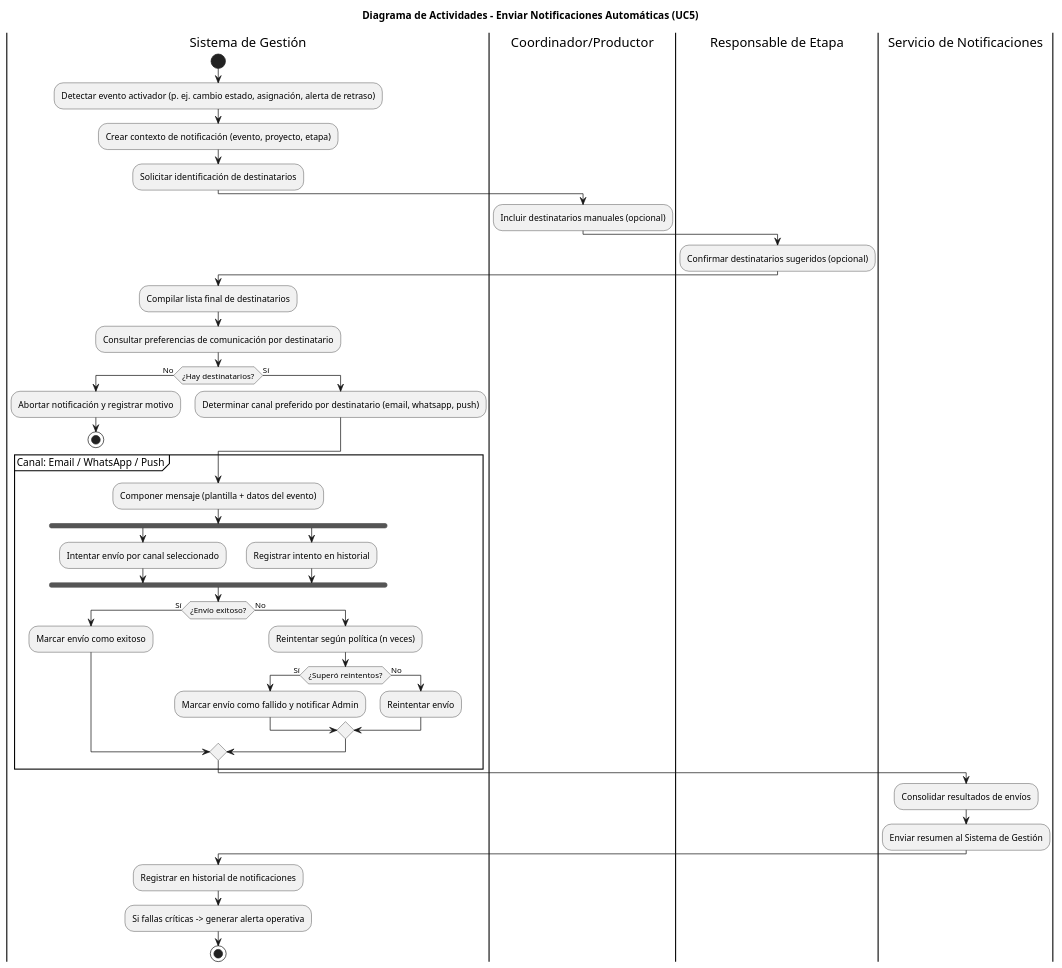
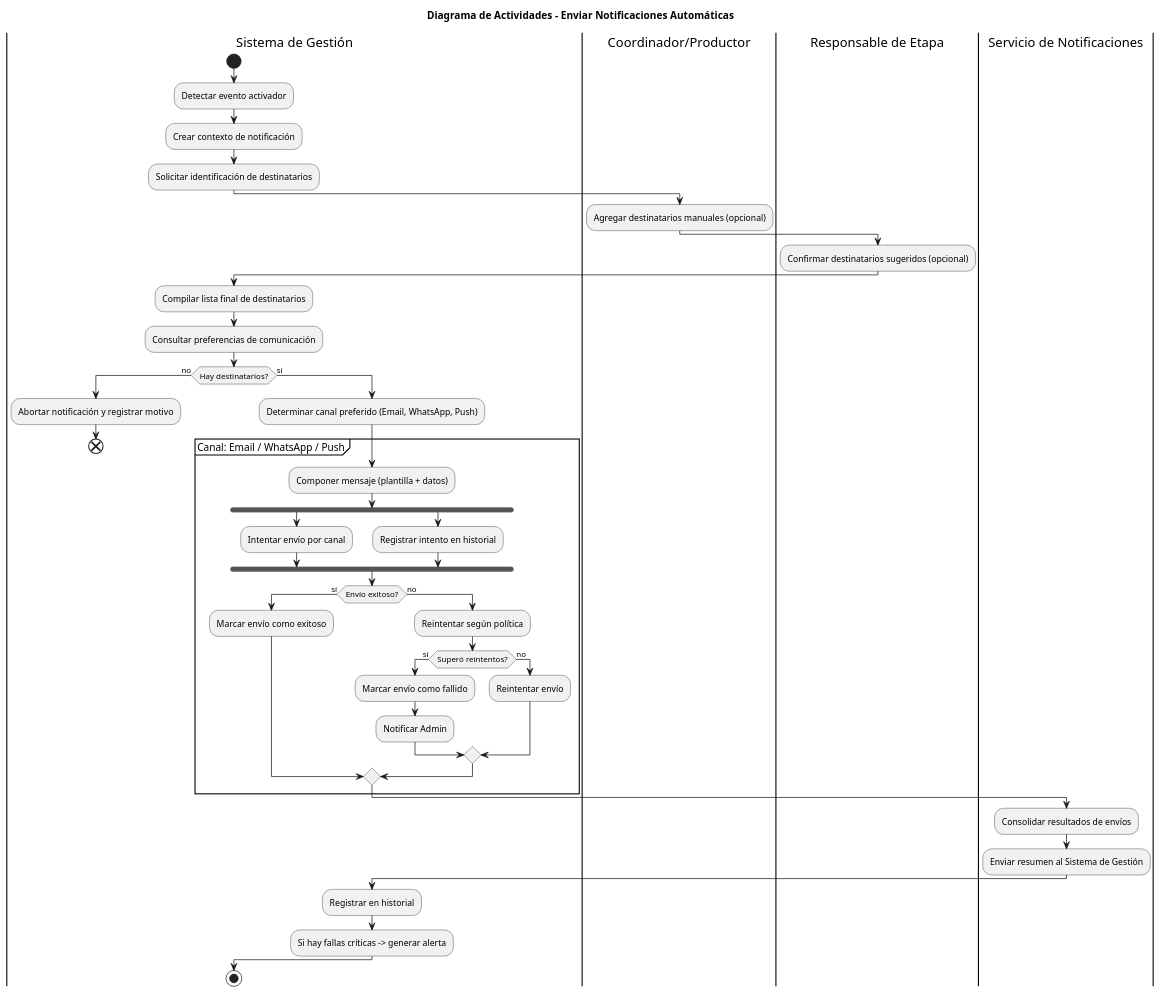
Before and after one commit to GonzaloBarbano/SistemaProductoraVideos: the diagram in diagramas/04-diagramas-actividades/04-actividad-enviar-notificacion-05.puml, drawn with PlantUML. The commit also changed 5 other files, not shown here.

```diff
--- a/diagramas/04-diagramas-actividades/04-actividad-enviar-notificacion-05.puml
+++ b/diagramas/04-diagramas-actividades/04-actividad-enviar-notificacion-05.puml
@@ -1,55 +1,57 @@
 @startuml
-title Diagrama de Actividades - Enviar Notificaciones Automáticas (UC5)
-
+title Diagrama de Actividades - Enviar Notificaciones Automáticas 
 |Sistema de Gestión|
 start
-:Detectar evento activador (p. ej. cambio estado, asignación, alerta de retraso);
-:Crear contexto de notificación (evento, proyecto, etapa);
+:Detectar evento activador;
+:Crear contexto de notificación;
 :Solicitar identificación de destinatarios;
 
 |Coordinador/Productor|
-:Incluir destinatarios manuales (opcional);
+:Agregar destinatarios manuales (opcional);
 
 |Responsable de Etapa|
 :Confirmar destinatarios sugeridos (opcional);
 
 |Sistema de Gestión|
 :Compilar lista final de destinatarios;
-:Consultar preferencias de comunicación por destinatario;
+:Consultar preferencias de comunicación;
 
-if (¿Hay destinatarios?) then (No)
+if (Hay destinatarios?) then (no)
   :Abortar notificación y registrar motivo;
-  stop
-else (Sí)
-  :Determinar canal preferido por destinatario (email, whatsapp, push);
+  end
+else (sí)
+  :Determinar canal preferido (Email, WhatsApp, Push);
+
+  partition "Canal: Email / WhatsApp / Push" {
+    :Componer mensaje (plantilla + datos);
+    fork
+      :Intentar envío por canal;
+    fork again
+      :Registrar intento en historial;
+    end fork
+
+    if (Envío exitoso?) then (sí)
+      :Marcar envío como exitoso;
+    else (no)
+      :Reintentar según política;
+      if (Superó reintentos?) then (sí)
+        :Marcar envío como fallido;
+        :Notificar Admin;
+      else (no)
+        :Reintentar envío;
+      endif
+    endif
+  }
+
+  |Servicio de Notificaciones|
+  :Consolidar resultados de envíos;
+  :Enviar resumen al Sistema de Gestión;
+
+  |Sistema de Gestión|
+  :Registrar en historial;
+  :Si hay fallas críticas -> generar alerta;
 endif
 
-partition "Canal: Email / WhatsApp / Push" {
-  :Componer mensaje (plantilla + datos del evento);
-  fork
-    :Intentar envío por canal seleccionado;
-  fork again
-    :Registrar intento en historial;
-  end fork
-
-  if (¿Envío exitoso?) then (Sí)
-    :Marcar envío como exitoso;
-  else (No)
-    :Reintentar según política (n veces);
-    if (¿Superó reintentos?) then (Sí)
-      :Marcar envío como fallido y notificar Admin;
-    else (No)
-      :Reintentar envío;
-    endif
-  endif
-}
-
-|Servicio de Notificaciones|
-:Consolidar resultados de envíos;
-:Enviar resumen al Sistema de Gestión;
-
 |Sistema de Gestión|
-:Registrar en historial de notificaciones;
-:Si fallas críticas -> generar alerta operativa;
 stop
 @enduml
```
